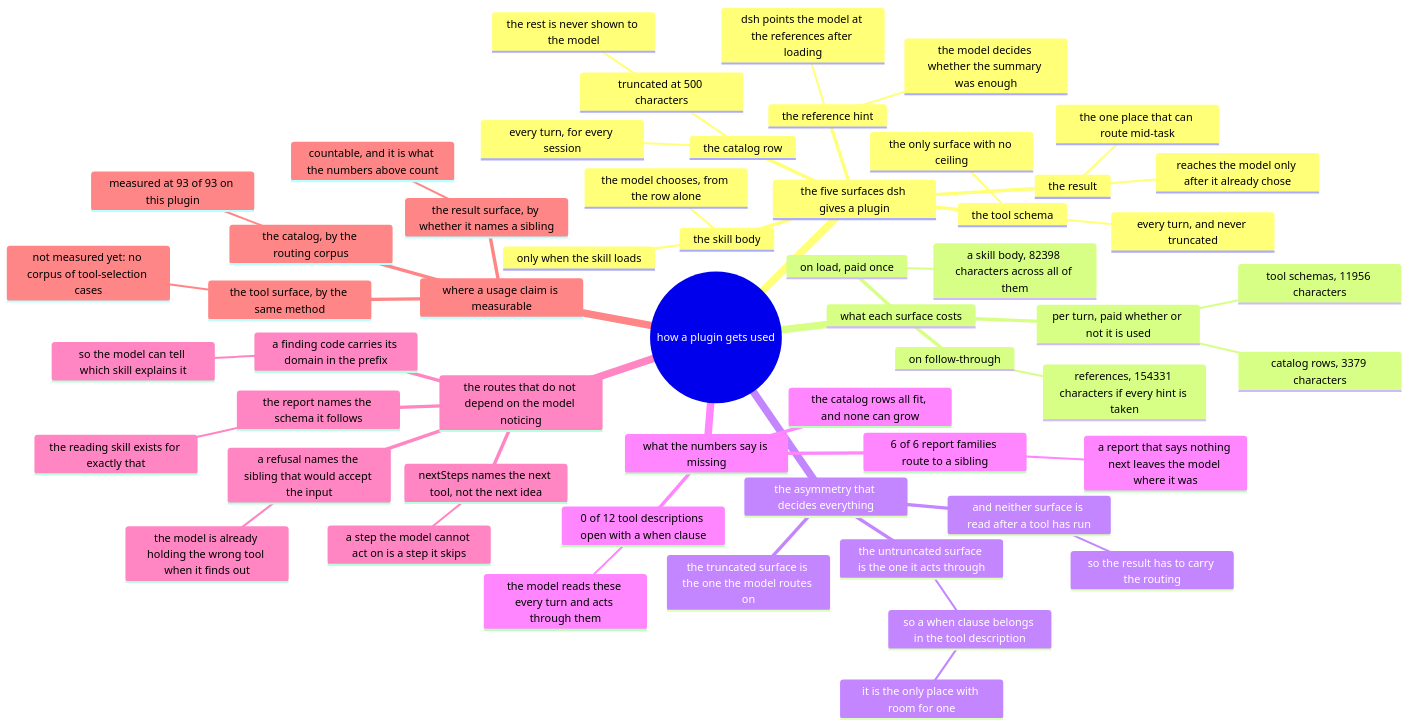
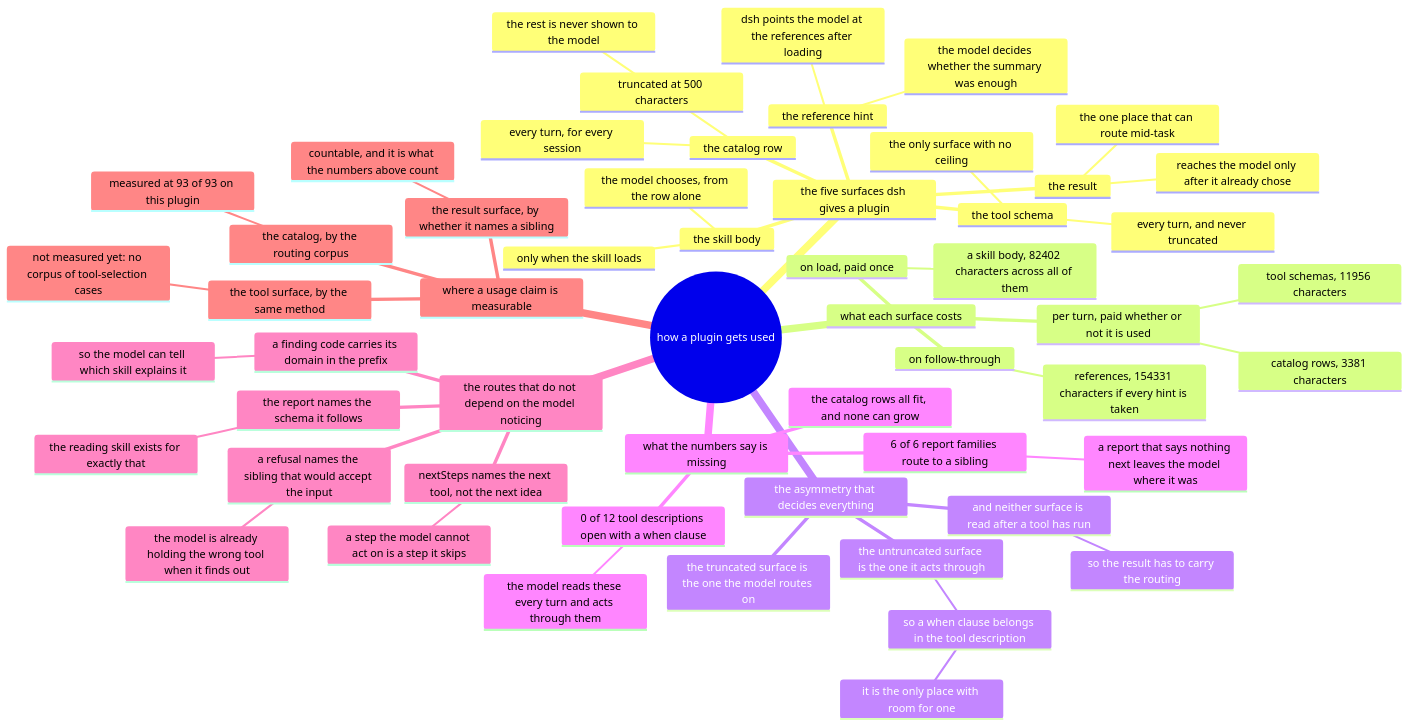
One commit to AmethystLuna/dsh-model-everything changed the diagram in docs/usage/mindmap.mmd. Above: the diagram before and after it, drawn with Mermaid. The commit also changed 23 other files, not shown here.

```diff
--- a/docs/usage/mindmap.mmd
+++ b/docs/usage/mindmap.mmd
@@ -1,56 +1,56 @@
 mindmap
 root((how a plugin gets used))
   the five surfaces dsh gives a plugin
     the catalog row
       every turn, for every session
       truncated at 500 characters
         the rest is never shown to the model
     the skill body
       only when the skill loads
       the model chooses, from the row alone
     the reference hint
       dsh points the model at the references after loading
       the model decides whether the summary was enough
     the tool schema
       every turn, and never truncated
       the only surface with no ceiling
     the result
       reaches the model only after it already chose
       the one place that can route mid-task
   what each surface costs
     per turn, paid whether or not it is used
-      catalog rows, 3379 characters
+      catalog rows, 3381 characters
       tool schemas, 11956 characters
     on load, paid once
-      a skill body, 82398 characters across all of them
+      a skill body, 82402 characters across all of them
     on follow-through
       references, 154331 characters if every hint is taken
   the asymmetry that decides everything
     the truncated surface is the one the model routes on
     the untruncated surface is the one it acts through
       so a when clause belongs in the tool description
         it is the only place with room for one
     and neither surface is read after a tool has run
       so the result has to carry the routing
   what the numbers say is missing
     0 of 12 tool descriptions open with a when clause
       the model reads these every turn and acts through them
     6 of 6 report families route to a sibling
       a report that says nothing next leaves the model where it was
     the catalog rows all fit, and none can grow
   the routes that do not depend on the model noticing
     a refusal names the sibling that would accept the input
       the model is already holding the wrong tool when it finds out
     nextSteps names the next tool, not the next idea
       a step the model cannot act on is a step it skips
     a finding code carries its domain in the prefix
       so the model can tell which skill explains it
     the report names the schema it follows
       the reading skill exists for exactly that
   where a usage claim is measurable
     the catalog, by the routing corpus
       measured at 93 of 93 on this plugin
     the tool surface, by the same method
       not measured yet: no corpus of tool-selection cases
     the result surface, by whether it names a sibling
       countable, and it is what the numbers above count
```
